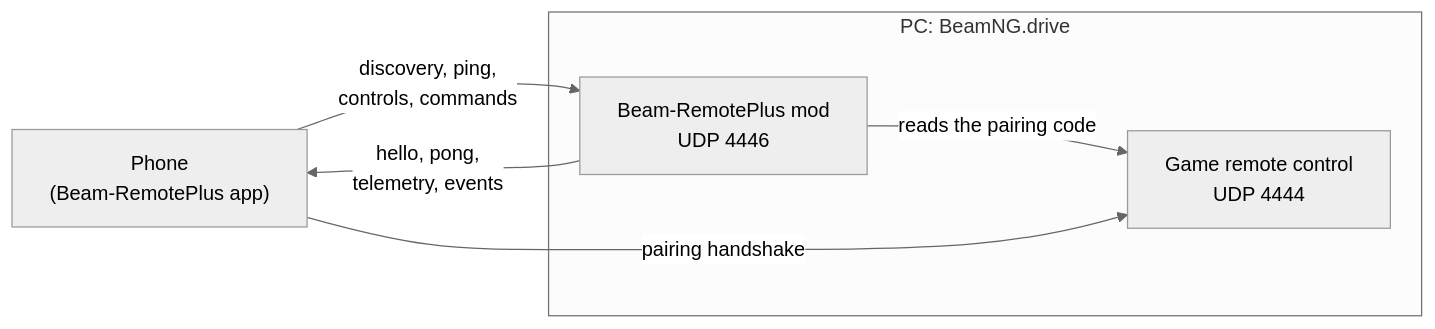
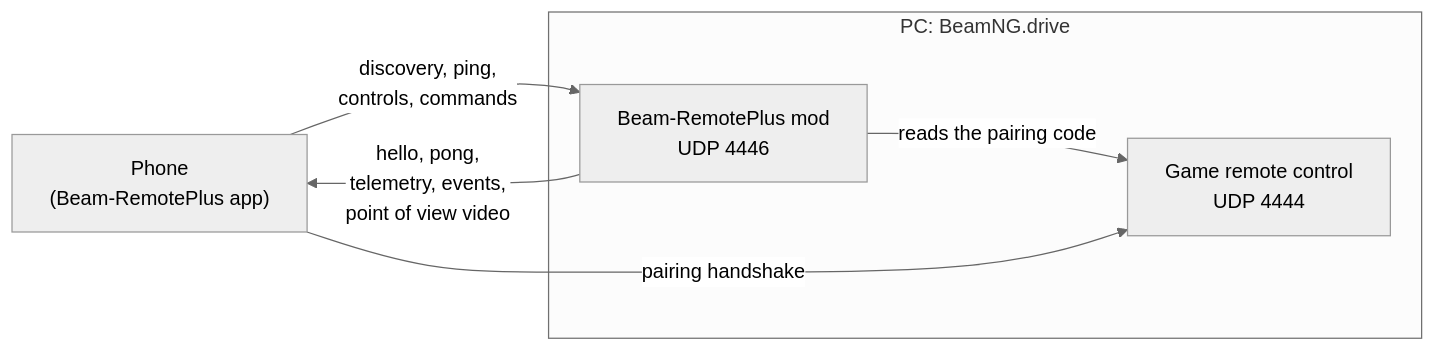
Before and after one commit to LucienLassalle/Beam-RemotePlus-Mod: the diagram in README.md, drawn with Mermaid (neutral theme). The commit also changed other lines of this file and 1 other file, not shown here.

Commit message:
docs(pov): point of view video protocol and cost

````diff
--- a/README.md
+++ b/README.md
@@ -110,12 +116,12 @@
 ```mermaid
 flowchart LR
     phone["Phone<br/>(Beam-RemotePlus app)"]
     subgraph pc["PC: BeamNG.drive"]
         mod["Beam-RemotePlus mod<br/>UDP 4446"]
         native["Game remote control<br/>UDP 4444"]
         mod -- "reads the pairing code" --> native
     end
     phone -- "discovery, ping,<br/>controls, commands" --> mod
-    mod -- "hello, pong,<br/>telemetry, events" --> phone
+    mod -- "hello, pong,<br/>telemetry, events,<br/>point of view video" --> phone
     phone -- "pairing handshake" --> native
 ```
````
